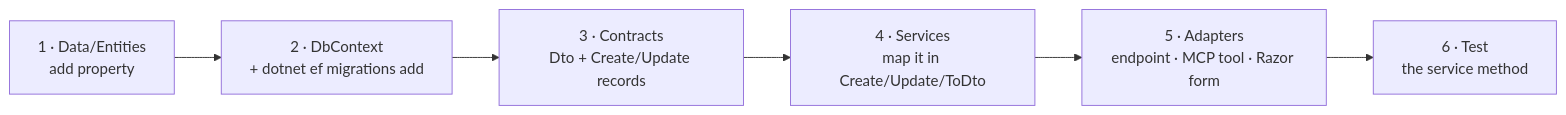
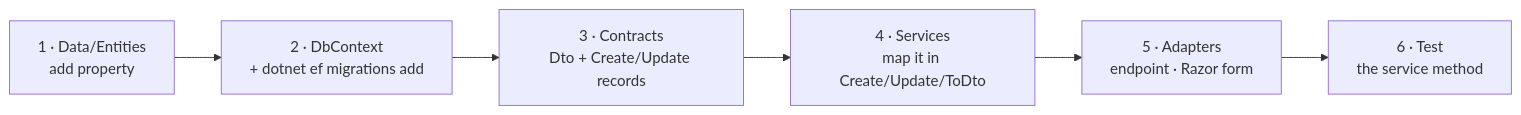
Before and after one commit to Darkamui/StonkWatch: the second of 2 diagrams in docs/conventions.md, drawn with Mermaid. The commit also changed other lines of this file and 30 other files, not shown here.

````diff
--- a/docs/conventions.md
+++ b/docs/conventions.md
@@ -99,8 +99,8 @@
 ```mermaid
 flowchart LR
     E["1 · Data/Entities<br/>add property"] --> M["2 · DbContext<br/>+ dotnet ef migrations add"]
     M --> C["3 · Contracts<br/>Dto + Create/Update records"]
     C --> S["4 · Services<br/>map it in Create/Update/ToDto"]
-    S --> A["5 · Adapters<br/>endpoint · MCP tool · Razor form"]
+    S --> A["5 · Adapters<br/>endpoint · Razor form"]
     A --> T["6 · Test<br/>the service method"]
 ```
````
